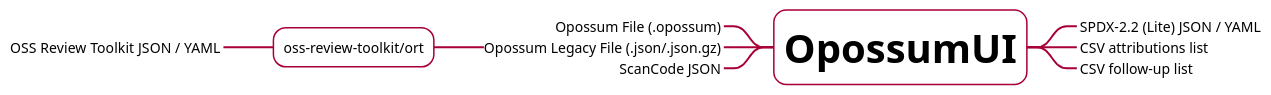
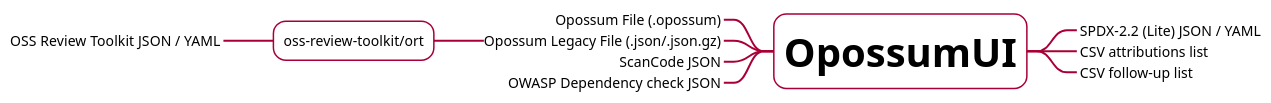
Before and after one commit to opossum-tool/OpossumUI: the diagram in docs/integration.puml, drawn with PlantUML. The commit also changed 1 other file, not shown here.

Commit message:
fix: review-comment -- adapt puml diagram

```diff
--- a/docs/integration.puml
+++ b/docs/integration.puml
@@ -1,37 +1,38 @@
 @startmindmap
 <style>
 mindmapDiagram {
   node {
     BackgroundColor white
     ' Shadowing 0.0
     LineColor #a80036
   }
   arrow {
     ' LineStyle 4
     LineThickness 2
     LineColor #a80036
   }
   :depth(0) {
     FontSize 40
   }
   :depth(1) {
       BackGroundColor white
   }
   ' boxless {
   '   FontColor darkgreen
   ' }
   .todo {
     FontColor gray
   }
 }
 </style>
 * <b>OpossumUI</b>
 --_ Opossum File (.opossum)
 --_ Opossum Legacy File (.json/.json.gz)
 --- oss-review-toolkit/ort
 ----_ OSS Review Toolkit JSON / YAML
 --_ ScanCode JSON
+--_ OWASP Dependency check JSON
 ++_ SPDX-2.2 (Lite) JSON / YAML
 ++_ CSV attributions list
 ++_ CSV follow-up list
 @endmindmap
```
